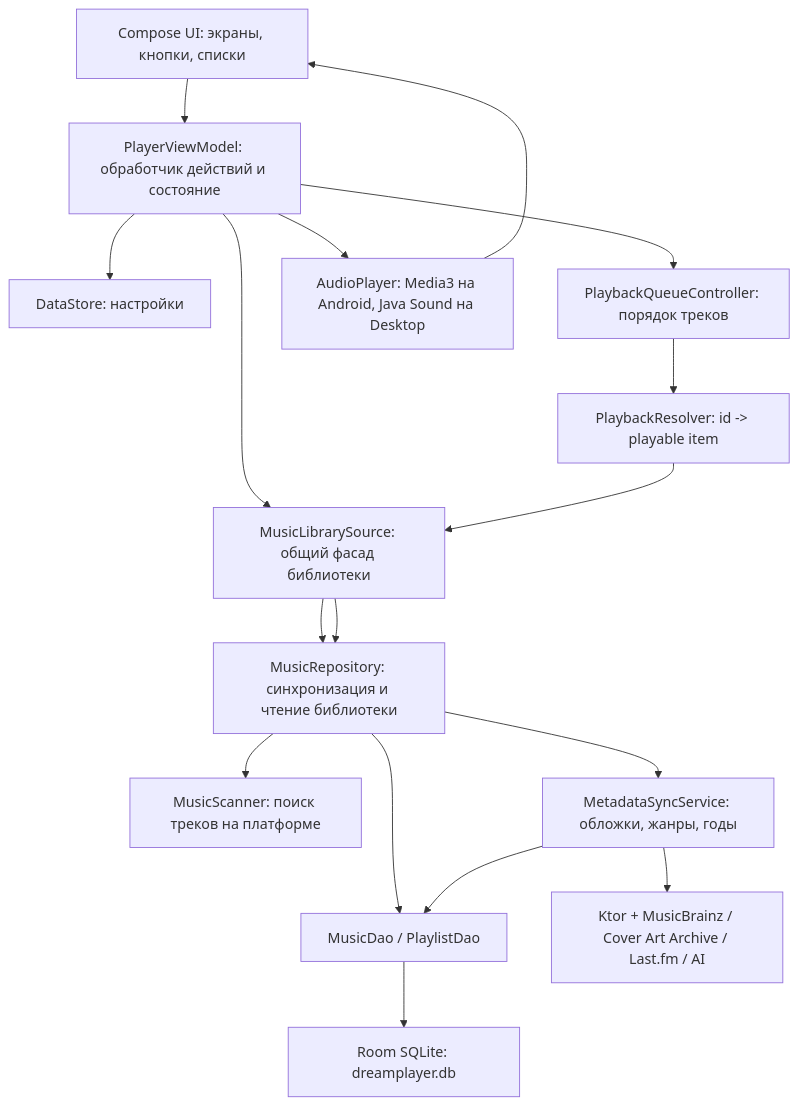
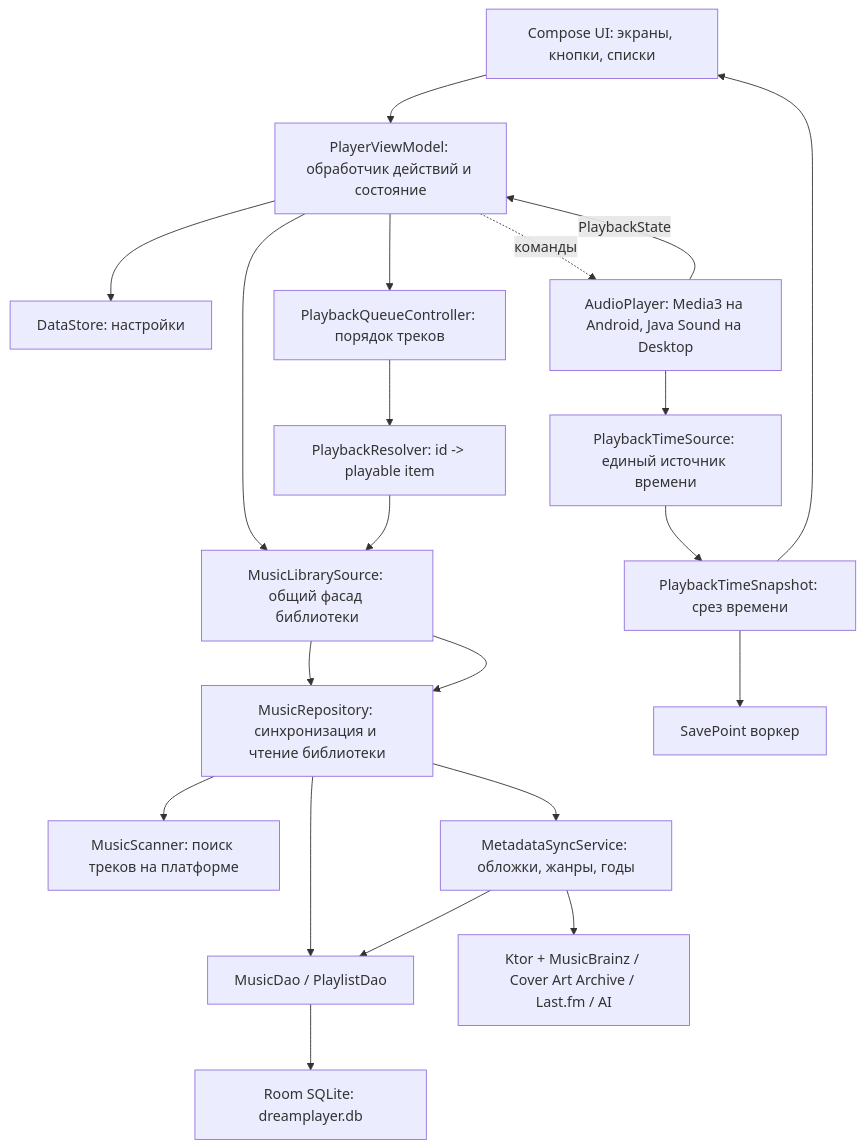
The diagram in docs/architecture-snapshot.md (MilkuDev/dream-player), drawn with Mermaid before and after one commit. The commit also changed other lines of this file and 23 other files, not shown here.

First line of the commit message:
- Introduce PlaybackTimeSnapshot architecture

````diff
--- a/docs/architecture-snapshot.md
+++ b/docs/architecture-snapshot.md
@@ -17,33 +24,39 @@
 ```mermaid
 flowchart TD
     UI["Compose UI: экраны, кнопки, списки"]
     VM["PlayerViewModel: обработчик действий и состояние"]
     Source["MusicLibrarySource: общий фасад библиотеки"]
     Repo["MusicRepository: синхронизация и чтение библиотеки"]
     Scanner["MusicScanner: поиск треков на платформе"]
     DAO["MusicDao / PlaylistDao"]
     DB["Room SQLite: dreamplayer.db"]
     DataStore["DataStore: настройки"]
     Metadata["MetadataSyncService: обложки, жанры, годы"]
     Network["Ktor + MusicBrainz / Cover Art Archive / Last.fm / AI"]
     Queue["PlaybackQueueController: порядок треков"]
     Resolver["PlaybackResolver: id -> playable item"]
     Player["AudioPlayer: Media3 на Android, Java Sound на Desktop"]
+    PTS["PlaybackTimeSource: единый источник времени"]
+    PTSnap["PlaybackTimeSnapshot: срез времени"]
 
     UI --> VM
     VM --> Source
     VM --> DataStore
     Source --> Repo
     Repo --> Scanner
     Repo --> DAO
     DAO --> DB
     Repo --> Metadata
     Metadata --> Network
     Metadata --> DAO
     VM --> Queue
     Queue --> Resolver
     Resolver --> Source
     Source --> Repo
-    VM --> Player
-    Player --> UI
+    VM -.->|команды| Player
+    Player -->|PlaybackState| VM
+    Player --> PTS
+    PTS --> PTSnap
+    PTSnap --> UI
+    PTSnap --> SavePoints["SavePoint воркер"]
 ```
````
